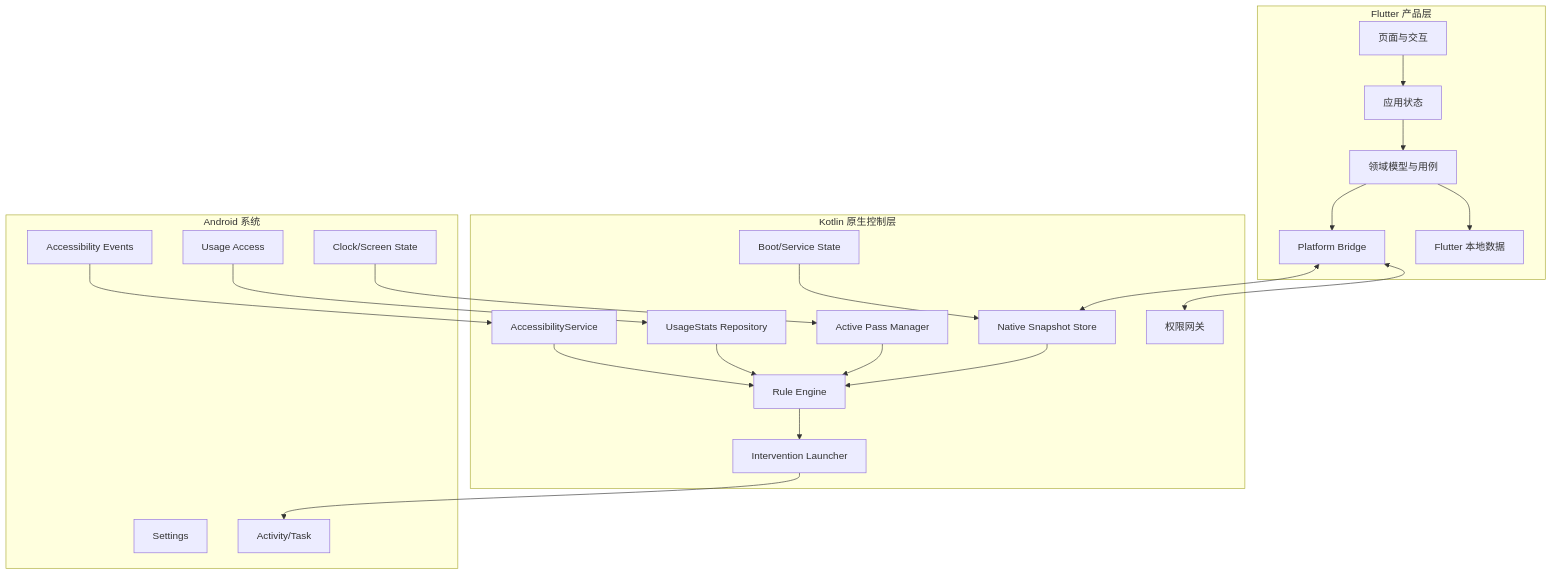
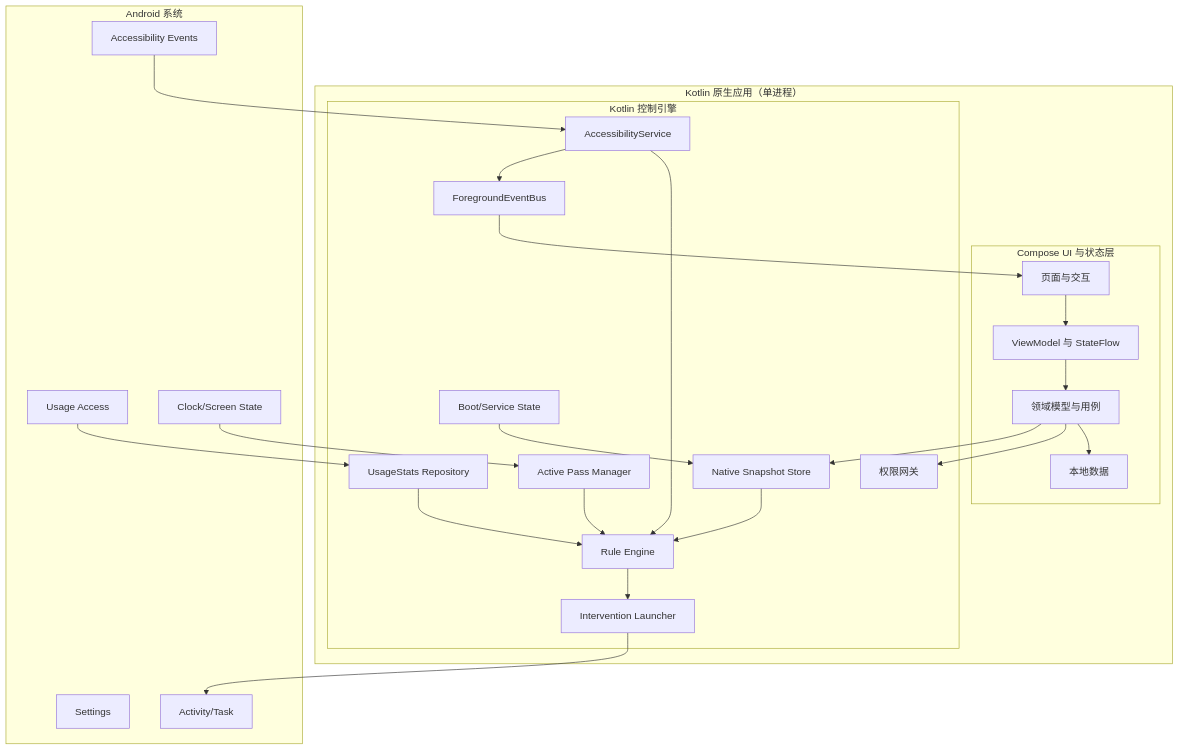
The third of 6 diagrams in docs/03_停一下_系统架构与项目推进方案.md (cxl88/PauseNow), drawn with Mermaid before and after one commit. The commit also changed other lines of this file and 34 other files, not shown here.

````diff
--- a/docs/03_停一下_系统架构与项目推进方案.md
+++ b/docs/03_停一下_系统架构与项目推进方案.md
@@ -80,42 +80,44 @@
 ```mermaid
 flowchart TB
-    subgraph Flutter["Flutter 产品层"]
-        UI[页面与交互]
-        APP[应用状态]
-        DOMAIN[领域模型与用例]
-        FLDATA[Flutter 本地数据]
-        BRIDGE[Platform Bridge]
-    end
+    subgraph App["Kotlin 原生应用（单进程）"]
+        subgraph UILayer["Compose UI 与状态层"]
+            UI[页面与交互]
+            STATE[ViewModel 与 StateFlow]
+            DOMAIN[领域模型与用例]
+            DATA[本地数据]
+        end
 
-    subgraph Native["Kotlin 原生控制层"]
-        PERM[权限网关]
-        ACCESS[AccessibilityService]
-        USAGE[UsageStats Repository]
-        ENGINE[Rule Engine]
-        PASS[Active Pass Manager]
-        INTERVENE[Intervention Launcher]
-        NSTORE[Native Snapshot Store]
-        BOOT[Boot/Service State]
+        subgraph Native["Kotlin 控制引擎"]
+            PERM[权限网关]
+            ACCESS[AccessibilityService]
+            USAGE[UsageStats Repository]
+            ENGINE[Rule Engine]
+            PASS[Active Pass Manager]
+            INTERVENE[Intervention Launcher]
+            NSTORE[Native Snapshot Store]
+            BUS[ForegroundEventBus]
+            BOOT[Boot/Service State]
+        end
     end
 
     subgraph Android["Android 系统"]
         A11Y[Accessibility Events]
         USTATS[Usage Access]
         SETTINGS[Settings]
         ACTIVITY[Activity/Task]
         CLOCK[Clock/Screen State]
     end
 
-    UI --> APP --> DOMAIN
-    DOMAIN --> FLDATA
-    DOMAIN --> BRIDGE
-    BRIDGE <--> PERM
-    BRIDGE <--> NSTORE
+    UI --> STATE --> DOMAIN
+    DOMAIN --> DATA
+    DOMAIN --> PERM
+    DOMAIN --> NSTORE
     A11Y --> ACCESS --> ENGINE
+    ACCESS --> BUS --> UI
     USTATS --> USAGE --> ENGINE
     NSTORE --> ENGINE
     PASS --> ENGINE
     ENGINE --> INTERVENE --> ACTIVITY
     CLOCK --> PASS
     BOOT --> NSTORE
 ```
````
